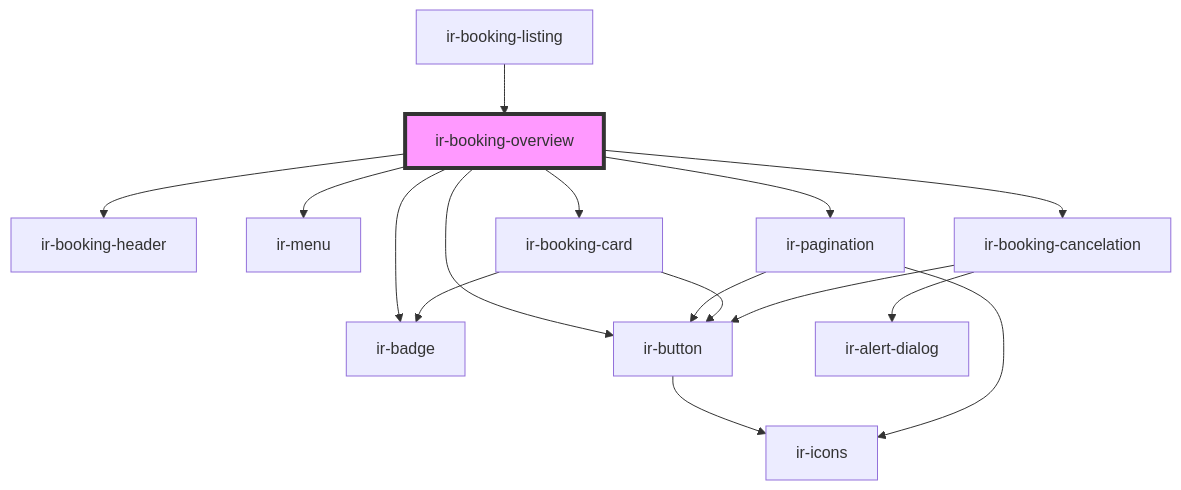
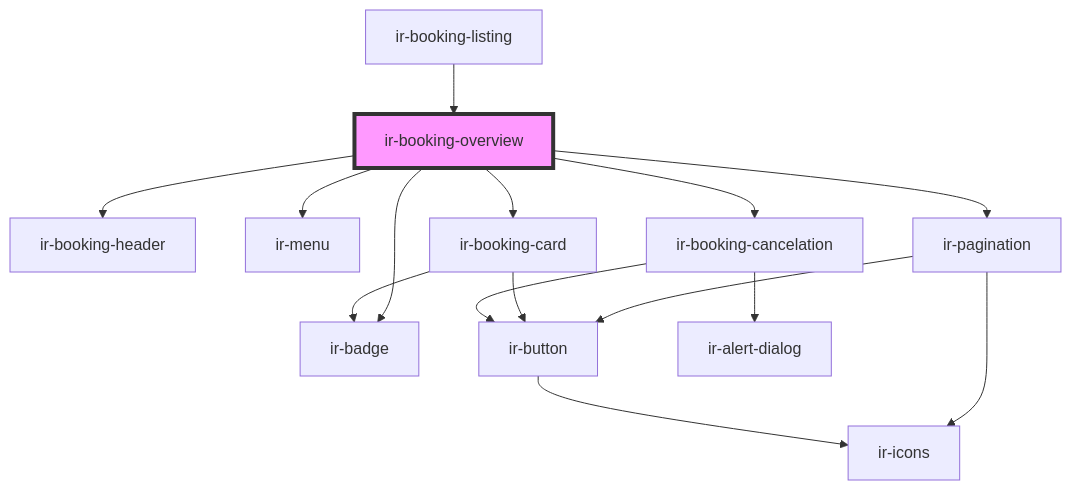
Before and after one commit to RonyRizk/ir-be: the diagram in src/components/ir-booking-engine/ir-booking-listing/ir-booking-overview/readme.md, drawn with Mermaid. The commit also changed other lines of this file and 52 other files, not shown here.

````diff
--- a/src/components/ir-booking-engine/ir-booking-listing/ir-booking-overview/readme.md
+++ b/src/components/ir-booking-engine/ir-booking-listing/ir-booking-overview/readme.md
@@ -44,19 +44,18 @@
 ```mermaid
 graph TD;
   ir-booking-overview --> ir-booking-header
   ir-booking-overview --> ir-badge
   ir-booking-overview --> ir-menu
-  ir-booking-overview --> ir-button
   ir-booking-overview --> ir-pagination
   ir-booking-overview --> ir-booking-card
   ir-booking-overview --> ir-booking-cancelation
-  ir-button --> ir-icons
   ir-pagination --> ir-button
   ir-pagination --> ir-icons
+  ir-button --> ir-icons
   ir-booking-card --> ir-badge
   ir-booking-card --> ir-button
   ir-booking-cancelation --> ir-alert-dialog
   ir-booking-cancelation --> ir-button
   ir-booking-listing --> ir-booking-overview
   style ir-booking-overview fill:#f9f,stroke:#333,stroke-width:4px
 ```
````
